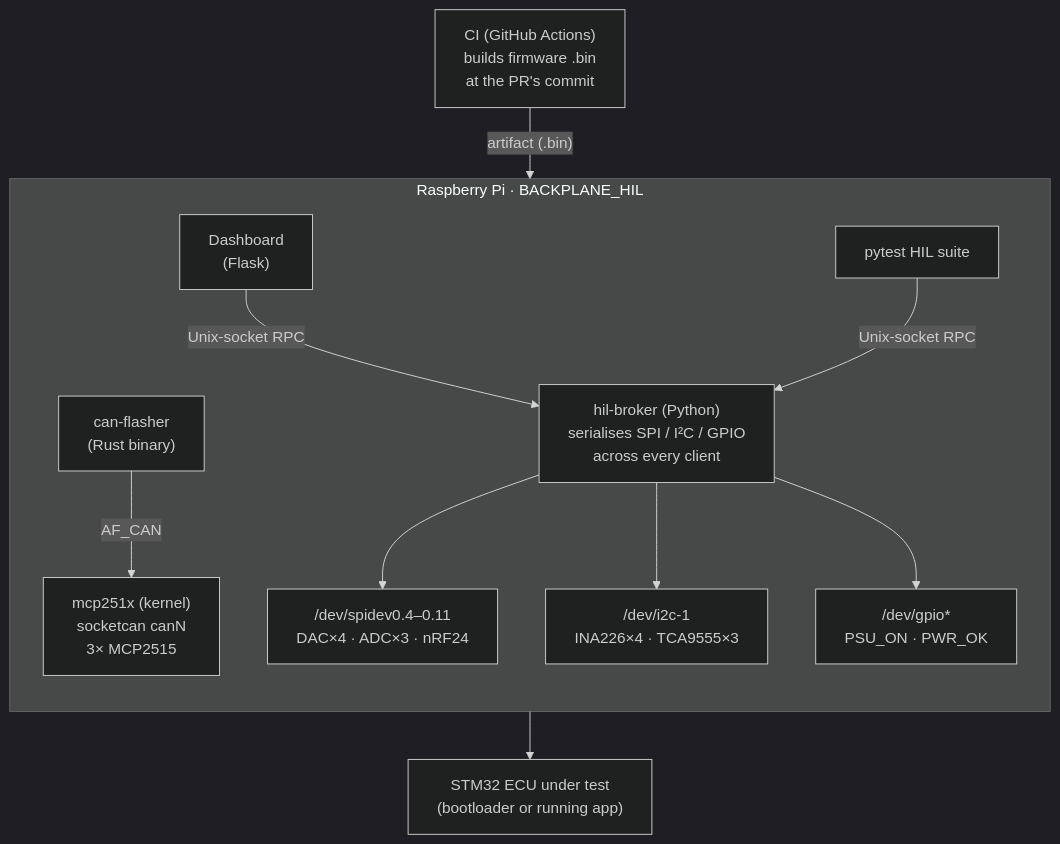
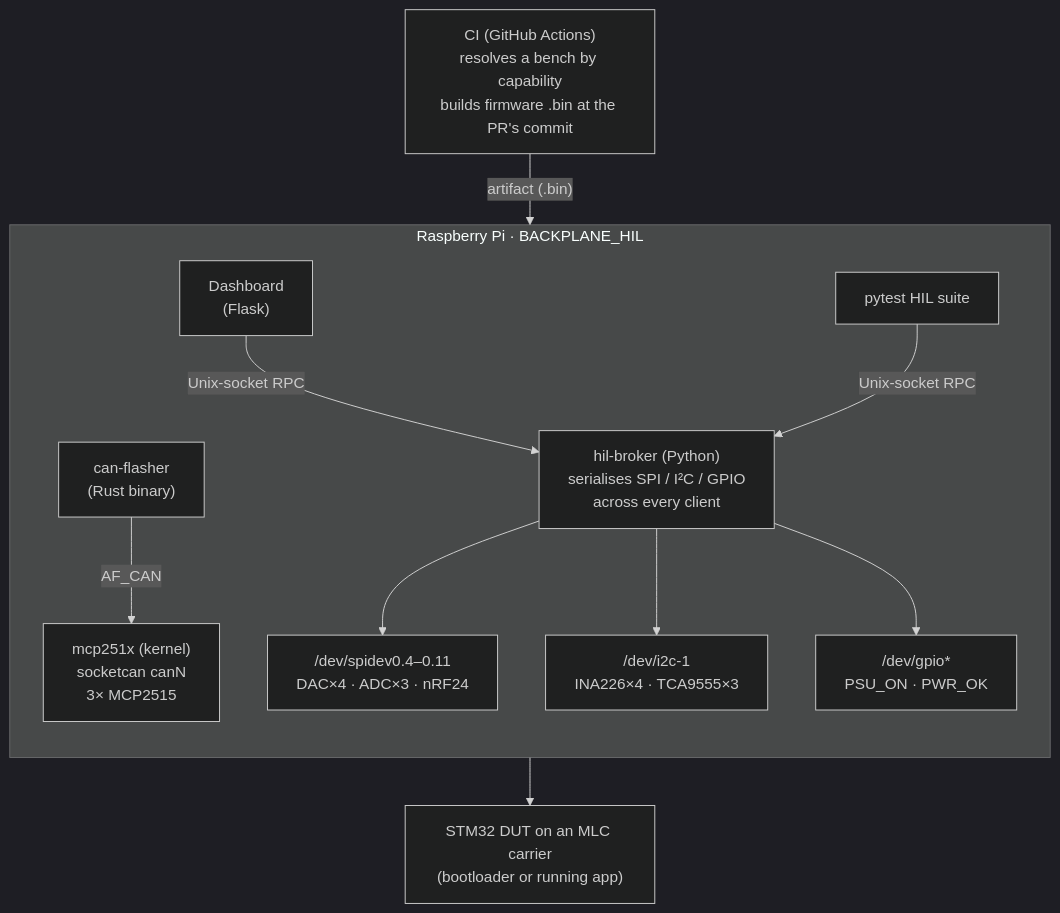
The diagram in README.md (isc-fs/IFS_HIL), drawn with Mermaid (dark theme) before and after one commit. The commit also changed other lines of this file, not shown here.

First line of the commit message:
docs(readme): present the bench as a generic HIL platform

````diff
--- a/README.md
+++ b/README.md
@@ -39,29 +48,29 @@
 ```mermaid
 flowchart TD
-    CI["CI (GitHub Actions)<br/>builds firmware .bin<br/>at the PR's commit"]
+    CI["CI (GitHub Actions)<br/>resolves a bench by capability<br/>builds firmware .bin at the PR's commit"]
 
     subgraph Pi["Raspberry Pi · BACKPLANE_HIL"]
         direction TB
 
         DASH["Dashboard<br/>(Flask)"]
         PYTEST["pytest HIL suite"]
         FLASH["can-flasher<br/>(Rust binary)"]
 
         BROKER["hil-broker (Python)<br/>serialises SPI / I²C / GPIO<br/>across every client"]
 
         SPI["/dev/spidev0.4–0.11<br/>DAC×4 · ADC×3 · nRF24"]
         I2C["/dev/i2c-1<br/>INA226×4 · TCA9555×3"]
         GPIO["/dev/gpio*<br/>PSU_ON · PWR_OK"]
         MCP["mcp251x (kernel)<br/>socketcan canN<br/>3× MCP2515"]
 
         DASH -- "Unix-socket RPC" --> BROKER
         PYTEST -- "Unix-socket RPC" --> BROKER
         FLASH -- "AF_CAN" --> MCP
         BROKER --> SPI
         BROKER --> I2C
         BROKER --> GPIO
     end
 
     CI -- "artifact (.bin)" --> FLASH
-    MCP --> ECU["STM32 ECU under test<br/>(bootloader or running app)"]
+    MCP --> DUT["STM32 DUT on an MLC carrier<br/>(bootloader or running app)"]
 ```
````
